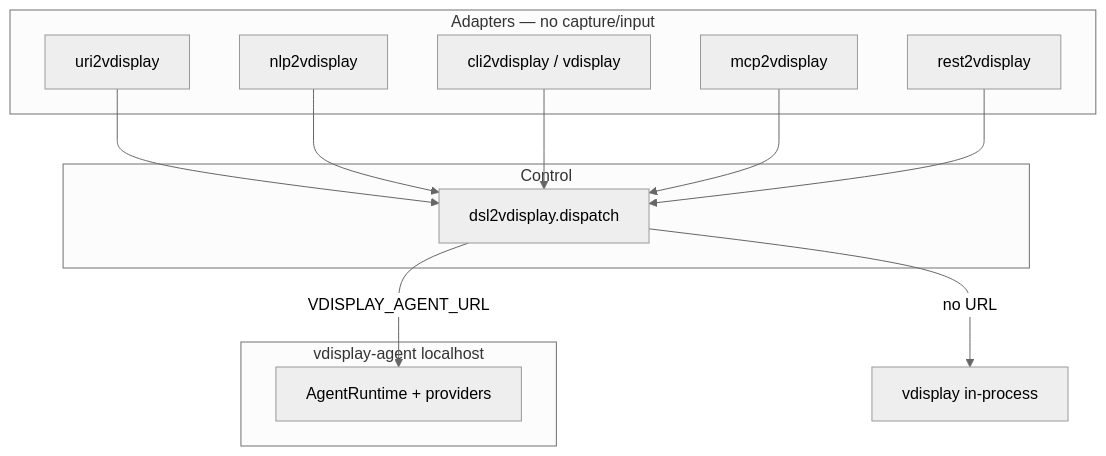
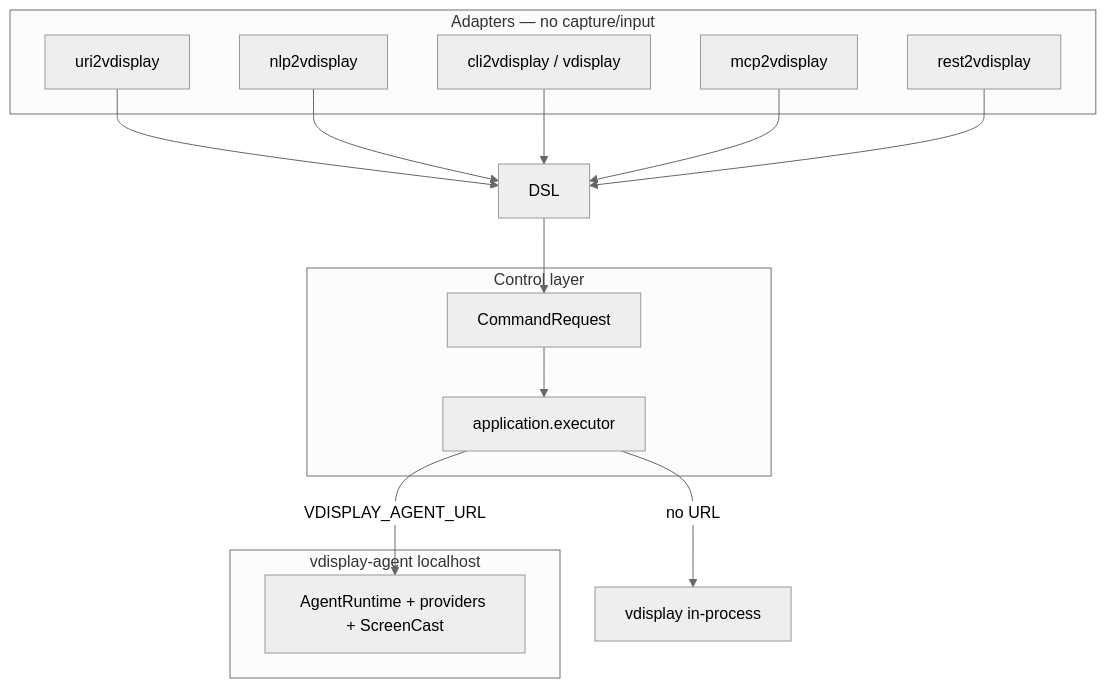
One commit to wronai/vdisplay changed the diagram in packages/README.md. Above: the diagram before and after it, drawn with Mermaid (neutral theme). The commit also changed other lines of this file and 102 other files, not shown here.

````diff
--- a/packages/README.md
+++ b/packages/README.md
@@ -26,23 +26,26 @@
 ```mermaid
 flowchart TB
   subgraph adapters [Adapters — no capture/input]
     URI[uri2vdisplay]
     NLP[nlp2vdisplay]
     CLI[cli2vdisplay / vdisplay]
     MCP[mcp2vdisplay]
     REST[rest2vdisplay]
   end
-  subgraph control [Control]
-    DSL[dsl2vdisplay.dispatch]
+  subgraph control [Control layer]
+    REQ[CommandRequest]
+    EXEC[application.executor]
   end
   subgraph broker [vdisplay-agent localhost]
-    AG[AgentRuntime + providers]
+    AG[AgentRuntime + providers + ScreenCast]
   end
   URI --> DSL
   NLP --> DSL
   CLI --> DSL
   MCP --> DSL
   REST --> DSL
-  DSL -->|VDISPLAY_AGENT_URL| AG
-  DSL -->|no URL| LOCAL[vdisplay in-process]
+  DSL --> REQ
+  REQ --> EXEC
+  EXEC -->|VDISPLAY_AGENT_URL| AG
+  EXEC -->|no URL| LOCAL[vdisplay in-process]
 ```
````
